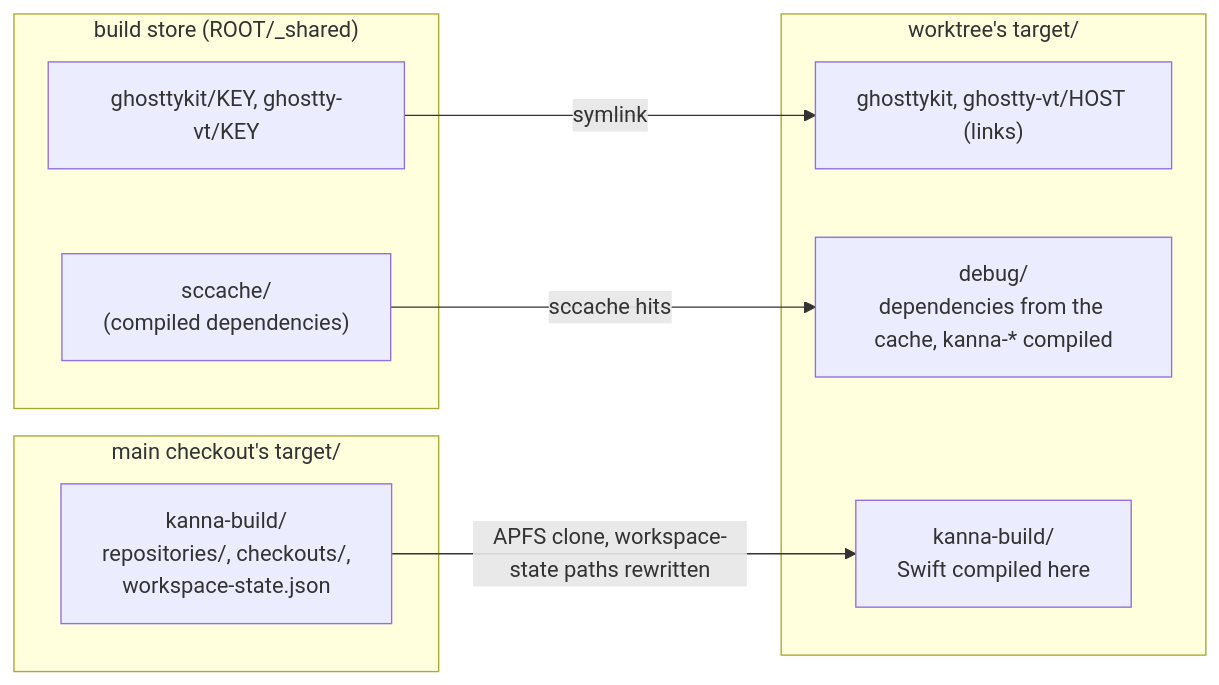
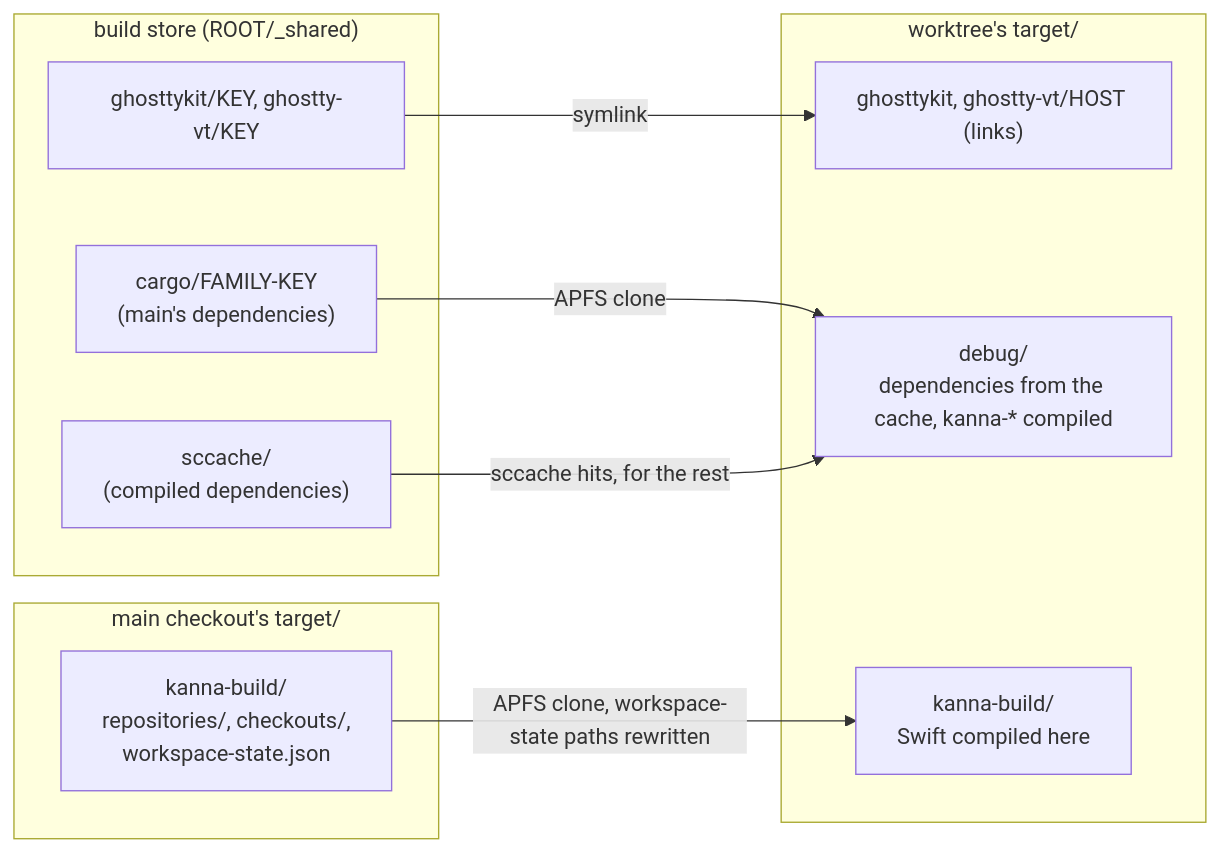
The diagram in docs/specs/build-speed.md (tampopogk/kanna), drawn with Mermaid before and after one commit. The commit also changed other lines of this file and 1 other file, not shown here.

````diff
--- a/docs/specs/build-speed.md
+++ b/docs/specs/build-speed.md
@@ -7,18 +7,20 @@
 ```mermaid
 flowchart LR
     subgraph S["build store (ROOT/_shared)"]
         G["ghosttykit/KEY, ghostty-vt/KEY"]
+        D["cargo/FAMILY-KEY<br/>(main's dependencies)"]
         C["sccache/<br/>(compiled dependencies)"]
     end
     subgraph M["main checkout's target/"]
         K["kanna-build/<br/>repositories/, checkouts/,<br/>workspace-state.json"]
     end
     subgraph W["worktree's target/"]
         G2["ghosttykit, ghostty-vt/HOST (links)"]
         R2["debug/<br/>dependencies from the cache, kanna-* compiled"]
         K2["kanna-build/<br/>Swift compiled here"]
     end
     G -->|"symlink"| G2
-    C -->|"sccache hits"| R2
+    D -->|"APFS clone"| R2
+    C -->|"sccache hits, for the rest"| R2
     K -->|"APFS clone, workspace-state paths rewritten"| K2
 ```
````
